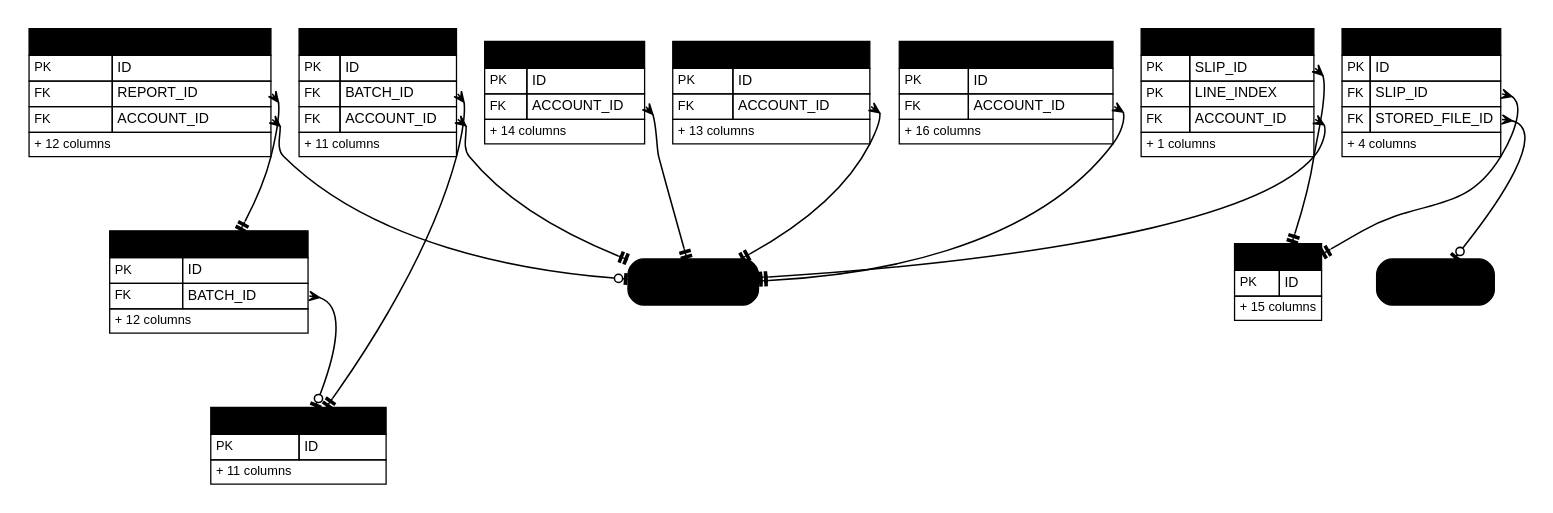
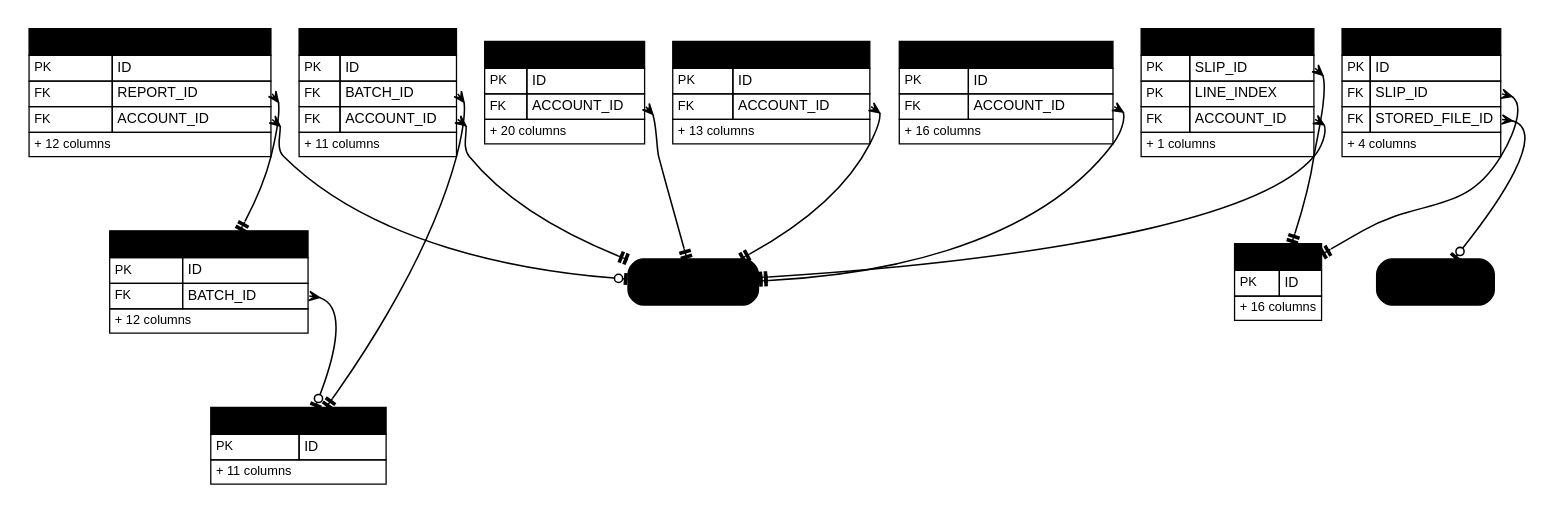
One commit to IortaTexhNXT-DEV/FinVerse changed the diagram in docs/deliverables/src/programme/security_data/figures/erd/d06_placement_1.dot. Above: the diagram before and after it, drawn with Graphviz. The commit also changed 58 other files, not shown here.

```diff
--- a/docs/deliverables/src/programme/security_data/figures/erd/d06_placement_1.dot
+++ b/docs/deliverables/src/programme/security_data/figures/erd/d06_placement_1.dot
@@ -1,29 +1,29 @@
 digraph erd {
   graph [rankdir=TB, fontname="Arial", nodesep=0.3, ranksep=0.8, pad=0.2, bgcolor="white"];
   node [shape=plain, fontname="Arial"];
   edge [color="@CTA_BLUE", arrowsize=0.8, penwidth=1.2, dir=both];
   "plc_billing_batch" [label=<<table border="0" cellborder="1" cellspacing="0" cellpadding="3" color="@BORDER"><tr><td bgcolor="@HEADER_BLUE" align="left" colspan="2"><font color="@WHITE" point-size="12"><b>PLC_BILLING_BATCH</b></font></td></tr><tr><td align="left"><font point-size="10" color="@MUTED">PK</font></td><td align="left" port="id"><font point-size="11">ID</font></td></tr><tr><td colspan="2" align="left"><font point-size="10" color="@MUTED">+ 11 columns</font></td></tr></table>>];
   "plc_billing_item" [label=<<table border="0" cellborder="1" cellspacing="0" cellpadding="3" color="@BORDER"><tr><td bgcolor="@HEADER_BLUE" align="left" colspan="2"><font color="@WHITE" point-size="12"><b>PLC_BILLING_ITEM</b></font></td></tr><tr><td align="left"><font point-size="10" color="@MUTED">PK</font></td><td align="left" port="id"><font point-size="11">ID</font></td></tr><tr><td align="left"><font point-size="10" color="@MUTED">FK</font></td><td align="left" port="batch_id"><font point-size="11">BATCH_ID</font></td></tr><tr><td align="left"><font point-size="10" color="@MUTED">FK</font></td><td align="left" port="account_id"><font point-size="11">ACCOUNT_ID</font></td></tr><tr><td colspan="2" align="left"><font point-size="10" color="@MUTED">+ 11 columns</font></td></tr></table>>];
-  "plc_hold_cover" [label=<<table border="0" cellborder="1" cellspacing="0" cellpadding="3" color="@BORDER"><tr><td bgcolor="@HEADER_BLUE" align="left" colspan="2"><font color="@WHITE" point-size="12"><b>PLC_HOLD_COVER</b></font></td></tr><tr><td align="left"><font point-size="10" color="@MUTED">PK</font></td><td align="left" port="id"><font point-size="11">ID</font></td></tr><tr><td align="left"><font point-size="10" color="@MUTED">FK</font></td><td align="left" port="account_id"><font point-size="11">ACCOUNT_ID</font></td></tr><tr><td colspan="2" align="left"><font point-size="10" color="@MUTED">+ 14 columns</font></td></tr></table>>];
+  "plc_hold_cover" [label=<<table border="0" cellborder="1" cellspacing="0" cellpadding="3" color="@BORDER"><tr><td bgcolor="@HEADER_BLUE" align="left" colspan="2"><font color="@WHITE" point-size="12"><b>PLC_HOLD_COVER</b></font></td></tr><tr><td align="left"><font point-size="10" color="@MUTED">PK</font></td><td align="left" port="id"><font point-size="11">ID</font></td></tr><tr><td align="left"><font point-size="10" color="@MUTED">FK</font></td><td align="left" port="account_id"><font point-size="11">ACCOUNT_ID</font></td></tr><tr><td colspan="2" align="left"><font point-size="10" color="@MUTED">+ 20 columns</font></td></tr></table>>];
   "plc_insurer_return" [label=<<table border="0" cellborder="1" cellspacing="0" cellpadding="3" color="@BORDER"><tr><td bgcolor="@HEADER_BLUE" align="left" colspan="2"><font color="@WHITE" point-size="12"><b>PLC_INSURER_RETURN</b></font></td></tr><tr><td align="left"><font point-size="10" color="@MUTED">PK</font></td><td align="left" port="id"><font point-size="11">ID</font></td></tr><tr><td align="left"><font point-size="10" color="@MUTED">FK</font></td><td align="left" port="account_id"><font point-size="11">ACCOUNT_ID</font></td></tr><tr><td colspan="2" align="left"><font point-size="10" color="@MUTED">+ 13 columns</font></td></tr></table>>];
   "plc_payment_evidence" [label=<<table border="0" cellborder="1" cellspacing="0" cellpadding="3" color="@BORDER"><tr><td bgcolor="@HEADER_BLUE" align="left" colspan="2"><font color="@WHITE" point-size="12"><b>PLC_PAYMENT_EVIDENCE</b></font></td></tr><tr><td align="left"><font point-size="10" color="@MUTED">PK</font></td><td align="left" port="id"><font point-size="11">ID</font></td></tr><tr><td align="left"><font point-size="10" color="@MUTED">FK</font></td><td align="left" port="account_id"><font point-size="11">ACCOUNT_ID</font></td></tr><tr><td colspan="2" align="left"><font point-size="10" color="@MUTED">+ 16 columns</font></td></tr></table>>];
   "plc_payment_report" [label=<<table border="0" cellborder="1" cellspacing="0" cellpadding="3" color="@BORDER"><tr><td bgcolor="@HEADER_BLUE" align="left" colspan="2"><font color="@WHITE" point-size="12"><b>PLC_PAYMENT_REPORT</b></font></td></tr><tr><td align="left"><font point-size="10" color="@MUTED">PK</font></td><td align="left" port="id"><font point-size="11">ID</font></td></tr><tr><td align="left"><font point-size="10" color="@MUTED">FK</font></td><td align="left" port="batch_id"><font point-size="11">BATCH_ID</font></td></tr><tr><td colspan="2" align="left"><font point-size="10" color="@MUTED">+ 12 columns</font></td></tr></table>>];
   "plc_payment_report_line" [label=<<table border="0" cellborder="1" cellspacing="0" cellpadding="3" color="@BORDER"><tr><td bgcolor="@HEADER_BLUE" align="left" colspan="2"><font color="@WHITE" point-size="12"><b>PLC_PAYMENT_REPORT_LINE</b></font></td></tr><tr><td align="left"><font point-size="10" color="@MUTED">PK</font></td><td align="left" port="id"><font point-size="11">ID</font></td></tr><tr><td align="left"><font point-size="10" color="@MUTED">FK</font></td><td align="left" port="report_id"><font point-size="11">REPORT_ID</font></td></tr><tr><td align="left"><font point-size="10" color="@MUTED">FK</font></td><td align="left" port="account_id"><font point-size="11">ACCOUNT_ID</font></td></tr><tr><td colspan="2" align="left"><font point-size="10" color="@MUTED">+ 12 columns</font></td></tr></table>>];
-  "plc_slip" [label=<<table border="0" cellborder="1" cellspacing="0" cellpadding="3" color="@BORDER"><tr><td bgcolor="@HEADER_BLUE" align="left" colspan="2"><font color="@WHITE" point-size="12"><b>PLC_SLIP</b></font></td></tr><tr><td align="left"><font point-size="10" color="@MUTED">PK</font></td><td align="left" port="id"><font point-size="11">ID</font></td></tr><tr><td colspan="2" align="left"><font point-size="10" color="@MUTED">+ 15 columns</font></td></tr></table>>];
+  "plc_slip" [label=<<table border="0" cellborder="1" cellspacing="0" cellpadding="3" color="@BORDER"><tr><td bgcolor="@HEADER_BLUE" align="left" colspan="2"><font color="@WHITE" point-size="12"><b>PLC_SLIP</b></font></td></tr><tr><td align="left"><font point-size="10" color="@MUTED">PK</font></td><td align="left" port="id"><font point-size="11">ID</font></td></tr><tr><td colspan="2" align="left"><font point-size="10" color="@MUTED">+ 16 columns</font></td></tr></table>>];
   "plc_slip_account" [label=<<table border="0" cellborder="1" cellspacing="0" cellpadding="3" color="@BORDER"><tr><td bgcolor="@HEADER_BLUE" align="left" colspan="2"><font color="@WHITE" point-size="12"><b>PLC_SLIP_ACCOUNT</b></font></td></tr><tr><td align="left"><font point-size="10" color="@MUTED">PK</font></td><td align="left" port="slip_id"><font point-size="11">SLIP_ID</font></td></tr><tr><td align="left"><font point-size="10" color="@MUTED">PK</font></td><td align="left" port="line_index"><font point-size="11">LINE_INDEX</font></td></tr><tr><td align="left"><font point-size="10" color="@MUTED">FK</font></td><td align="left" port="account_id"><font point-size="11">ACCOUNT_ID</font></td></tr><tr><td colspan="2" align="left"><font point-size="10" color="@MUTED">+ 1 columns</font></td></tr></table>>];
   "plc_slip_file" [label=<<table border="0" cellborder="1" cellspacing="0" cellpadding="3" color="@BORDER"><tr><td bgcolor="@HEADER_BLUE" align="left" colspan="2"><font color="@WHITE" point-size="12"><b>PLC_SLIP_FILE</b></font></td></tr><tr><td align="left"><font point-size="10" color="@MUTED">PK</font></td><td align="left" port="id"><font point-size="11">ID</font></td></tr><tr><td align="left"><font point-size="10" color="@MUTED">FK</font></td><td align="left" port="slip_id"><font point-size="11">SLIP_ID</font></td></tr><tr><td align="left"><font point-size="10" color="@MUTED">FK</font></td><td align="left" port="stored_file_id"><font point-size="11">STORED_FILE_ID</font></td></tr><tr><td colspan="2" align="left"><font point-size="10" color="@MUTED">+ 4 columns</font></td></tr></table>>];
   "acc_account" [shape=box, style="rounded,filled", fillcolor="@DIRTY_WHITE", color="@MUTED", fontsize=11, label=<<font color="@MUTED">ACC_ACCOUNT<br/><font point-size="9">ACCOUNT</font></font>>];
   "stored_file" [shape=box, style="rounded,filled", fillcolor="@DIRTY_WHITE", color="@MUTED", fontsize=11, label=<<font color="@MUTED">STORED_FILE<br/><font point-size="9">STORAGE</font></font>>];
   "plc_billing_item":"account_id" -> "acc_account" [arrowtail=crow, arrowhead=teetee];
   "plc_billing_item":"batch_id" -> "plc_billing_batch" [arrowtail=crow, arrowhead=teetee];
   "plc_hold_cover":"account_id" -> "acc_account" [arrowtail=crow, arrowhead=teetee];
   "plc_insurer_return":"account_id" -> "acc_account" [arrowtail=crow, arrowhead=teetee];
   "plc_payment_evidence":"account_id" -> "acc_account" [arrowtail=crow, arrowhead=teetee];
   "plc_payment_report":"batch_id" -> "plc_billing_batch" [arrowtail=crow, arrowhead=teeodot];
   "plc_payment_report_line":"account_id" -> "acc_account" [arrowtail=crow, arrowhead=teeodot];
   "plc_payment_report_line":"report_id" -> "plc_payment_report" [arrowtail=crow, arrowhead=teetee];
   "plc_slip_account":"account_id" -> "acc_account" [arrowtail=crow, arrowhead=teetee];
   "plc_slip_account":"slip_id" -> "plc_slip" [arrowtail=crow, arrowhead=teetee];
   "plc_slip_file":"slip_id" -> "plc_slip" [arrowtail=crow, arrowhead=teetee];
   "plc_slip_file":"stored_file_id" -> "stored_file" [arrowtail=crow, arrowhead=teeodot];
 }
```
